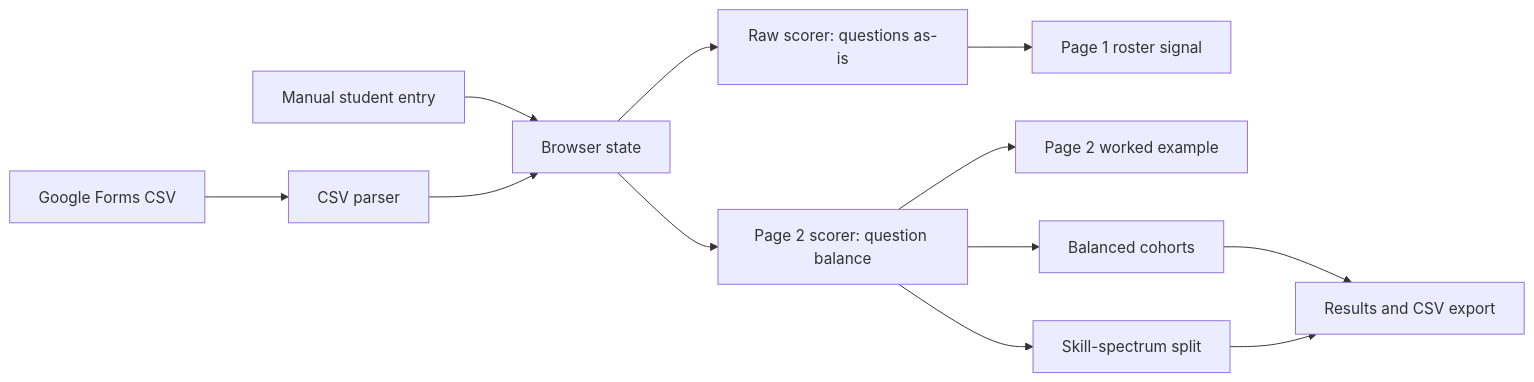
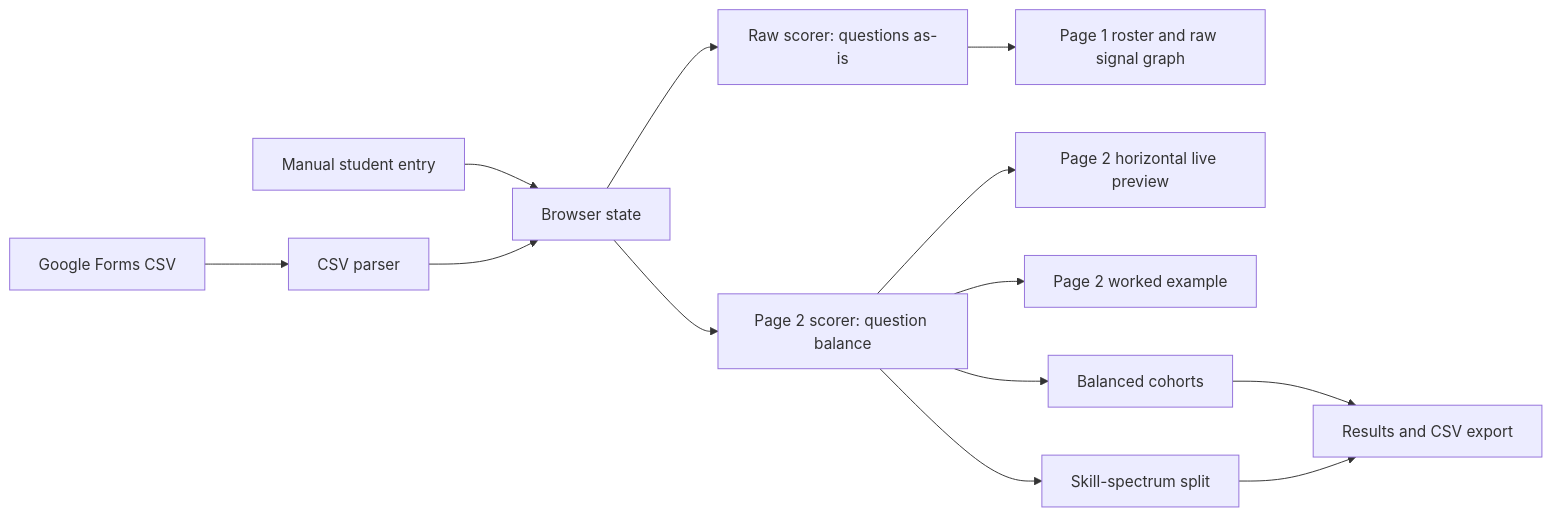
One commit to kommanderpi/Sortinghat changed the diagram in docs/architecture.md. Above: the diagram before and after it, drawn with Mermaid. The commit also changed other lines of this file and 6 other files, not shown here.

Commit message:
Add raw roster graph and horizontal scoring preview

````diff
--- a/docs/architecture.md
+++ b/docs/architecture.md
@@ -7,14 +7,15 @@
 ```mermaid
 flowchart LR
   CSV[Google Forms CSV] --> Parse[CSV parser]
   Manual[Manual student entry] --> State[Browser state]
   Parse --> State
   State --> Raw[Raw scorer: questions as-is]
-  Raw --> Roster[Page 1 roster signal]
+  Raw --> Roster[Page 1 roster and raw signal graph]
   State --> Adjusted[Page 2 scorer: question balance]
+  Adjusted --> Preview[Page 2 horizontal live preview]
   Adjusted --> Worked[Page 2 worked example]
   Adjusted --> Balanced[Balanced cohorts]
   Adjusted --> Split[Skill-spectrum split]
   Balanced --> Results[Results and CSV export]
   Split --> Results
 ```
````
